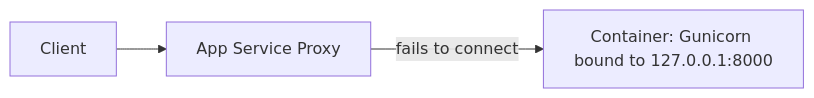
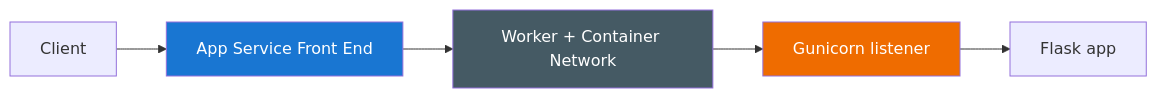
One commit to yeongseon/azure-app-service-practical-guide changed the first of 5 diagrams in docs/troubleshooting/lab-guides/failed-to-forward-request.md. Above: the diagram before and after it, drawn with Mermaid. The commit also changed other lines of this file and 327 other files, not shown here.

````diff
--- a/docs/troubleshooting/lab-guides/failed-to-forward-request.md
+++ b/docs/troubleshooting/lab-guides/failed-to-forward-request.md
@@ -17,5 +38,11 @@
 ```mermaid
-graph LR
-    A[Client] --> B[App Service Proxy]
-    B -->|fails to connect| C[Container: Gunicorn bound to 127.0.0.1:8000]
+flowchart LR
+    A[Client] --> B[App Service Front End]
+    B --> C[Worker + Container Network]
+    C --> D[Gunicorn listener]
+    D --> E[Flask app]
+
+    style B fill:#1976d2,color:#fff
+    style C fill:#455a64,color:#fff
+    style D fill:#ef6c00,color:#fff
 ```
````
